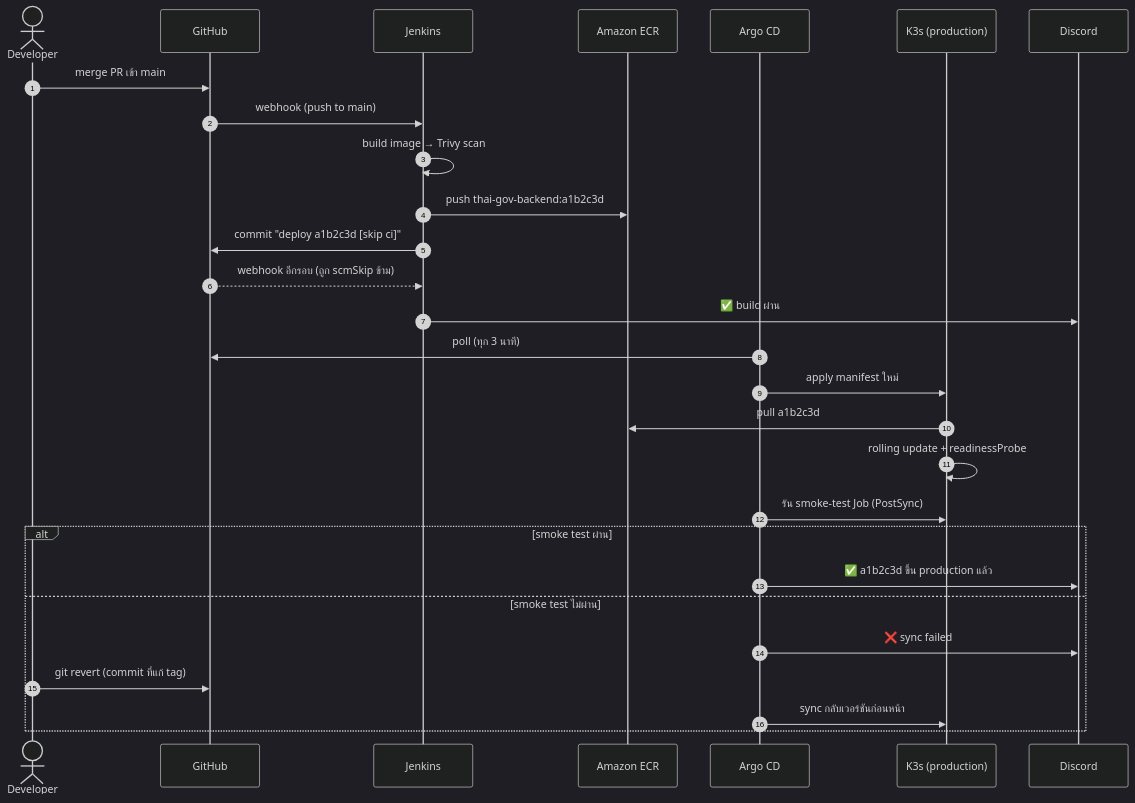
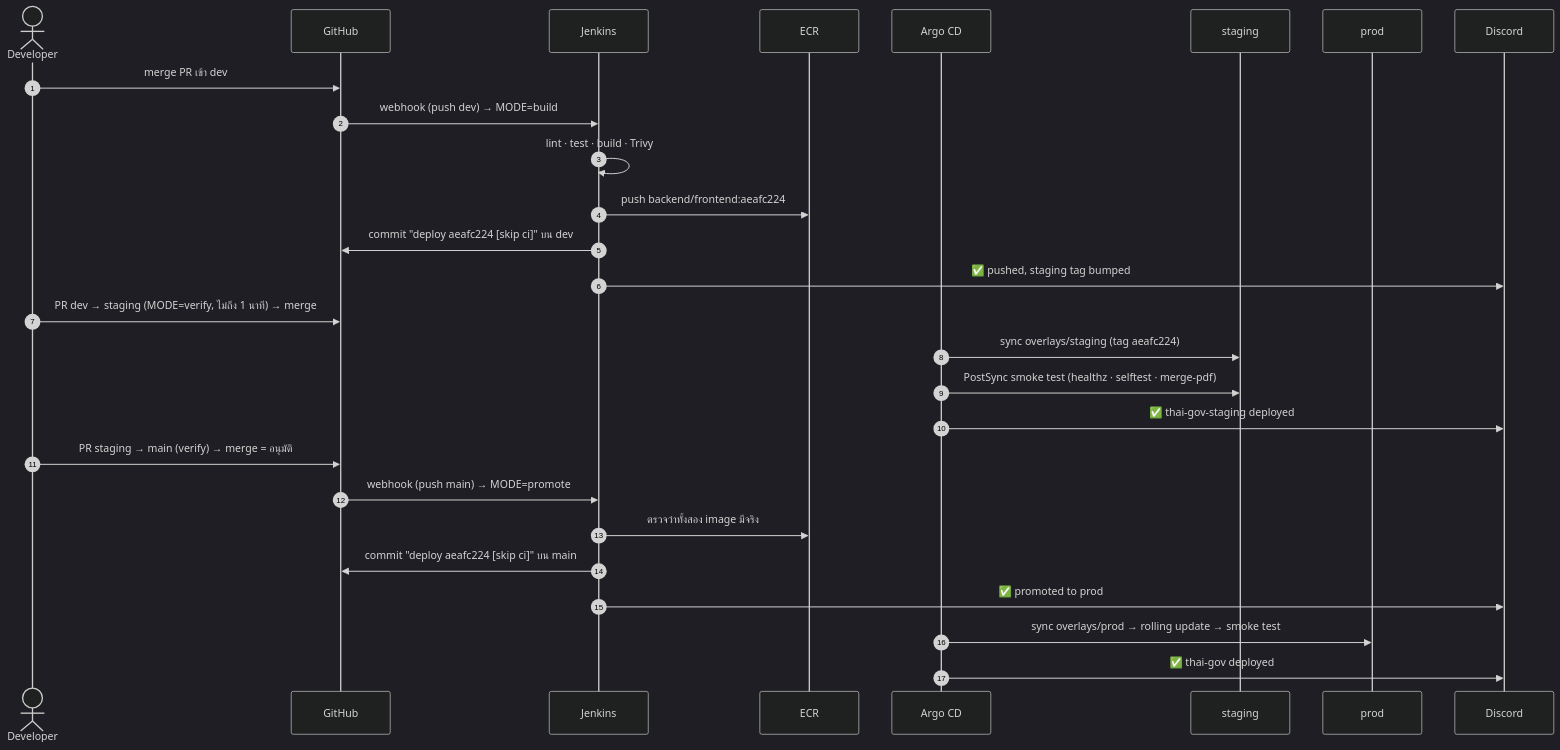
Before and after one commit to suphanatchanlek30/Thai-Gov-Processor: the second of 2 diagrams in docs/cicd-pipeline.md, drawn with Mermaid (dark theme). The commit also changed other lines of this file and 22 other files, not shown here.

First line of the commit message:
Rewrite the README and bring the docs up to date with the three-tier flow

````diff
--- a/docs/cicd-pipeline.md
+++ b/docs/cicd-pipeline.md
@@ -89,31 +72,30 @@
 ```mermaid
 sequenceDiagram
     autonumber
     actor Dev as Developer
     participant GH as GitHub
     participant J as Jenkins
-    participant ECR as Amazon ECR
+    participant ECR as ECR
     participant A as Argo CD
-    participant K as K3s (production)
+    participant ST as staging
+    participant PR as prod
     participant D as Discord
 
-    Dev->>GH: merge PR เข้า main
-    GH->>J: webhook (push to main)
-    J->>J: build image → Trivy scan
-    J->>ECR: push thai-gov-backend:a1b2c3d
-    J->>GH: commit "deploy a1b2c3d [skip ci]"
-    GH-->>J: webhook อีกรอบ (ถูก scmSkip ข้าม)
-    J->>D: ✅ build ผ่าน
-    A->>GH: poll (ทุก 3 นาที)
-    A->>K: apply manifest ใหม่
-    K->>ECR: pull a1b2c3d
-    K->>K: rolling update + readinessProbe
-    A->>K: รัน smoke-test Job (PostSync)
-    alt smoke test ผ่าน
-        A->>D: ✅ a1b2c3d ขึ้น production แล้ว
-    else smoke test ไม่ผ่าน
-        A->>D: ❌ sync failed
-        Dev->>GH: git revert (commit ที่แก้ tag)
-        A->>K: sync กลับเวอร์ชันก่อนหน้า
-    end
+    Dev->>GH: merge PR เข้า dev
+    GH->>J: webhook (push dev) → MODE=build
+    J->>J: lint · test · build · Trivy
+    J->>ECR: push backend/frontend:aeafc224
+    J->>GH: commit "deploy aeafc224 [skip ci]" บน dev
+    J->>D: ✅ pushed, staging tag bumped
+    Dev->>GH: PR dev → staging (MODE=verify, ไม่ถึง 1 นาที) → merge
+    A->>ST: sync overlays/staging (tag aeafc224)
+    A->>ST: PostSync smoke test (healthz · selftest · merge-pdf)
+    A->>D: ✅ thai-gov-staging deployed
+    Dev->>GH: PR staging → main (verify) → merge = อนุมัติ
+    GH->>J: webhook (push main) → MODE=promote
+    J->>ECR: ตรวจว่าทั้งสอง image มีจริง
+    J->>GH: commit "deploy aeafc224 [skip ci]" บน main
+    J->>D: ✅ promoted to prod
+    A->>PR: sync overlays/prod → rolling update → smoke test
+    A->>D: ✅ thai-gov deployed
 ```
````
